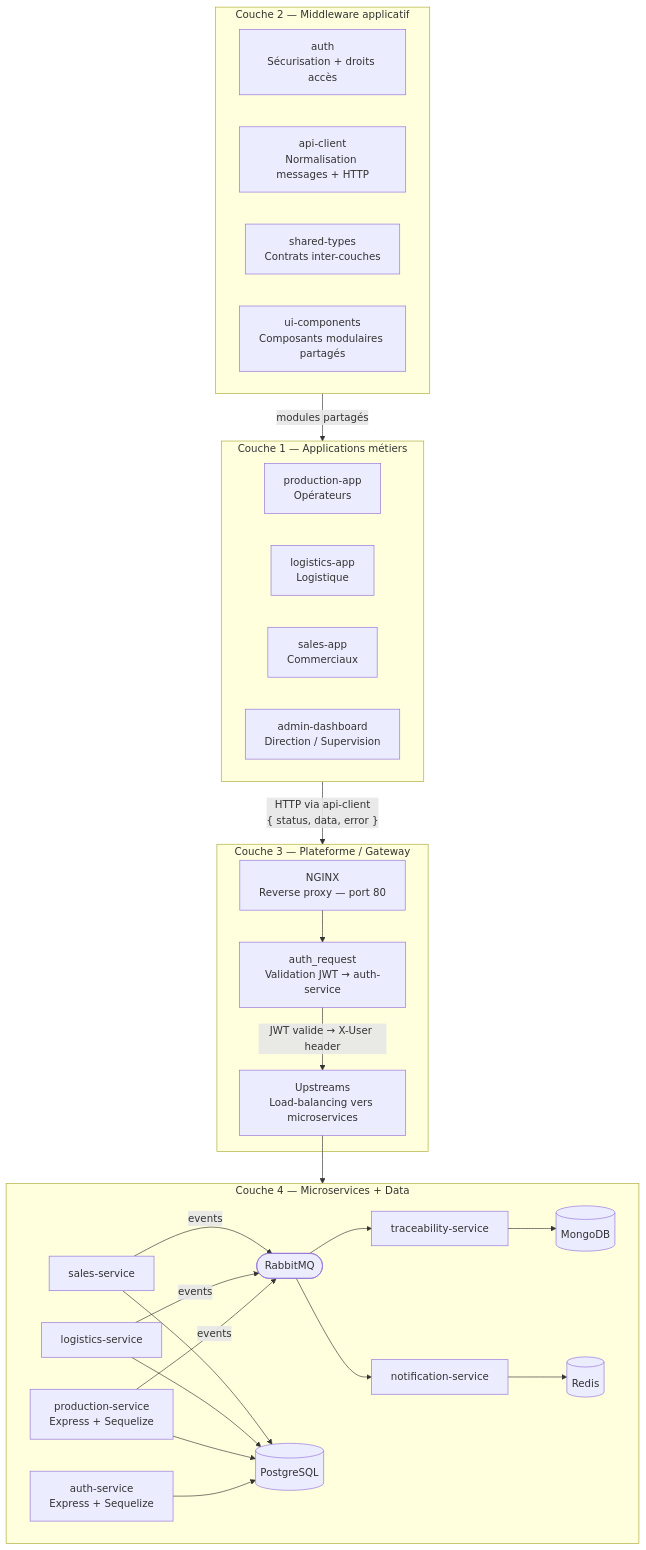
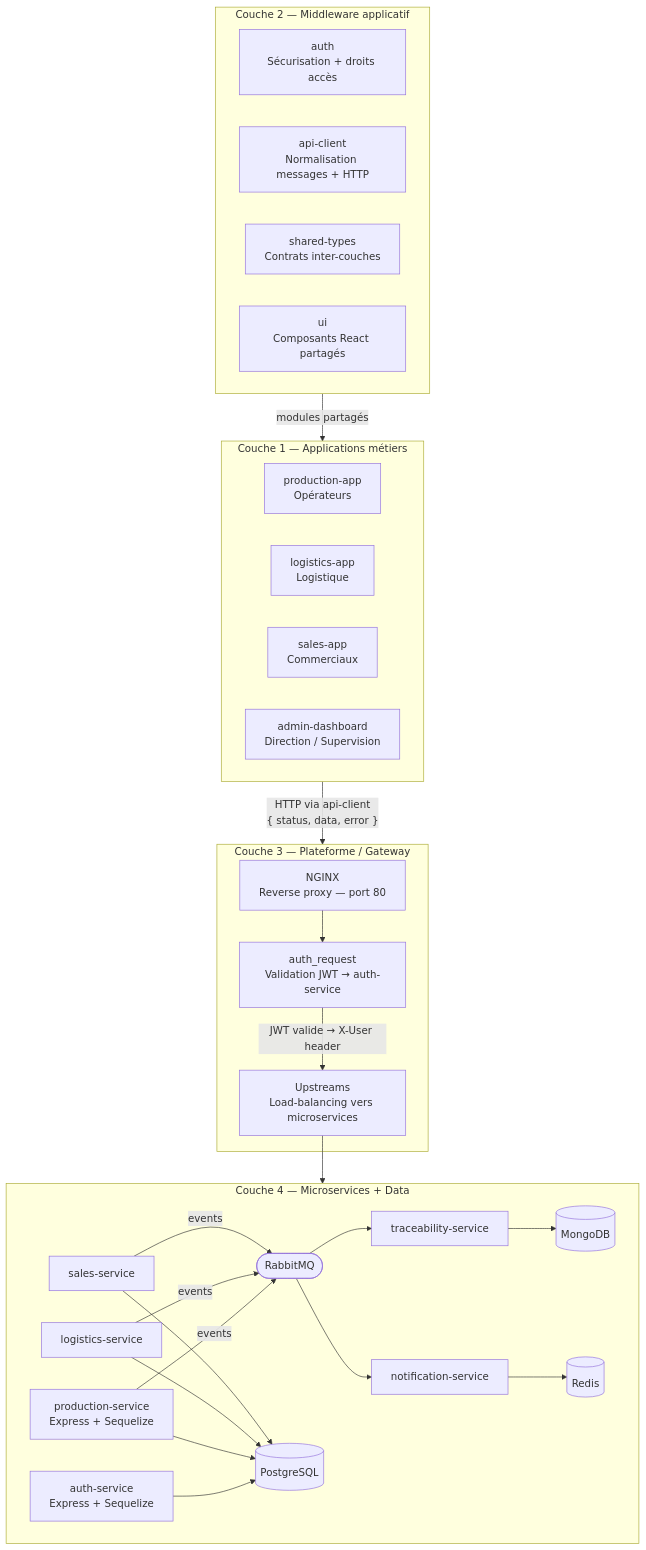
Before and after one commit to DAD-groupe-1-2026/aeronexis-modular-erp: the diagram in docs/architecture/ARCHITECTURE.md, drawn with Mermaid. The commit also changed other lines of this file and 57 other files, not shown here.

````diff
--- a/docs/architecture/ARCHITECTURE.md
+++ b/docs/architecture/ARCHITECTURE.md
@@ -9,52 +9,52 @@
 ```mermaid
 flowchart TD
     subgraph C1 [Couche 1 — Applications métiers]
         PA[production-app\nOpérateurs]
         LA[logistics-app\nLogistique]
         SA[sales-app\nCommerciaux]
         AD[admin-dashboard\nDirection / Supervision]
     end
 
     subgraph C2 [Couche 2 — Middleware applicatif]
         AUTH[auth\nSécurisation + droits accès]
         APICLIENT[api-client\nNormalisation messages + HTTP]
         SHARED[shared-types\nContrats inter-couches]
-        UI[ui-components\nComposants modulaires partagés]
+        UI[ui\nComposants React partagés]
     end
 
     subgraph C3 [Couche 3 — Plateforme / Gateway]
         NGINX[NGINX\nReverse proxy — port 80]
         VERIFY[auth_request\nValidation JWT → auth-service]
         UPSTREAM[Upstreams\nLoad-balancing vers microservices]
     end
 
     subgraph C4 [Couche 4 — Microservices + Data]
         AS[auth-service\nExpress + Sequelize]
         PS[production-service\nExpress + Sequelize]
         LS[logistics-service]
         SS[sales-service]
         TS[traceability-service]
         NS[notification-service]
         PG[(PostgreSQL)]
         MG[(MongoDB)]
         RD[(Redis)]
         RB([RabbitMQ])
     end
 
     C1 -->|"HTTP via api-client\n{ status, data, error }"| C3
     C2 -->|modules partagés| C1
     NGINX --> VERIFY
     VERIFY -->|JWT valide → X-User header| UPSTREAM
     UPSTREAM --> C4
     PS -->|events| RB
     LS -->|events| RB
     SS -->|events| RB
     RB --> TS
     RB --> NS
     AS --> PG
     PS --> PG
     LS --> PG
     SS --> PG
     TS --> MG
     NS --> RD
 ```
````
